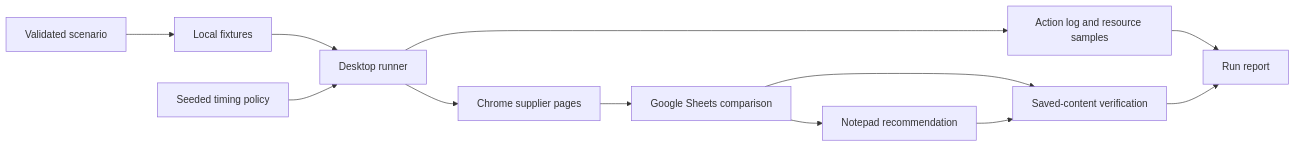
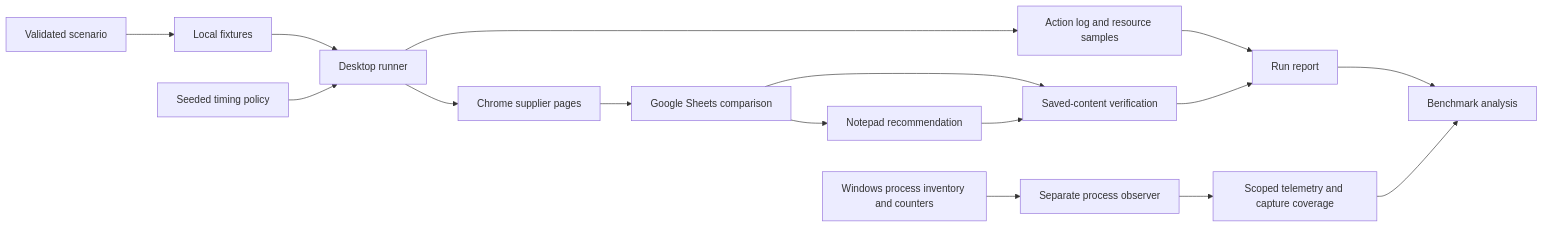
One commit to ajayasai/office-twin-ntu-st-2026 changed the diagram in docs/ARCHITECTURE.md. Above: the diagram before and after it, drawn with Mermaid. The commit also changed other lines of this file and 19 other files, not shown here.

Commit message:
Publish ten-run paired benchmark and sampled process evidence

````diff
--- a/docs/ARCHITECTURE.md
+++ b/docs/ARCHITECTURE.md
@@ -5,14 +5,18 @@
 ```mermaid
 flowchart LR
     A[Validated scenario] --> B[Local fixtures]
     B --> C[Desktop runner]
     T[Seeded timing policy] --> C
     C --> D[Chrome supplier pages]
     D --> E[Google Sheets comparison]
     E --> F[Notepad recommendation]
     C --> G[Action log and resource samples]
     E --> H[Saved-content verification]
     F --> H
     G --> I[Run report]
     H --> I
+    J[Windows process inventory and counters] --> K[Separate process observer]
+    K --> L[Scoped telemetry and capture coverage]
+    I --> M[Benchmark analysis]
+    L --> M
 ```
````
